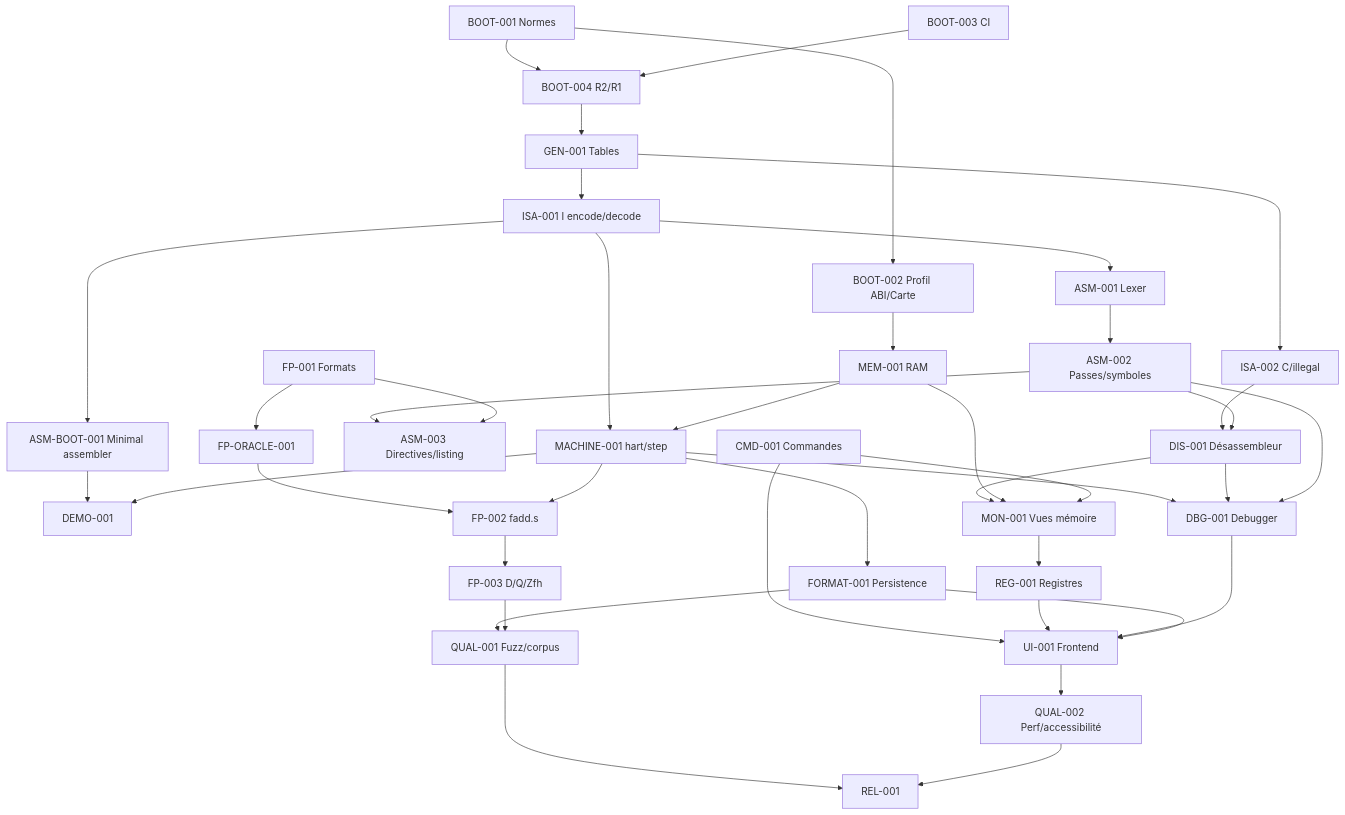
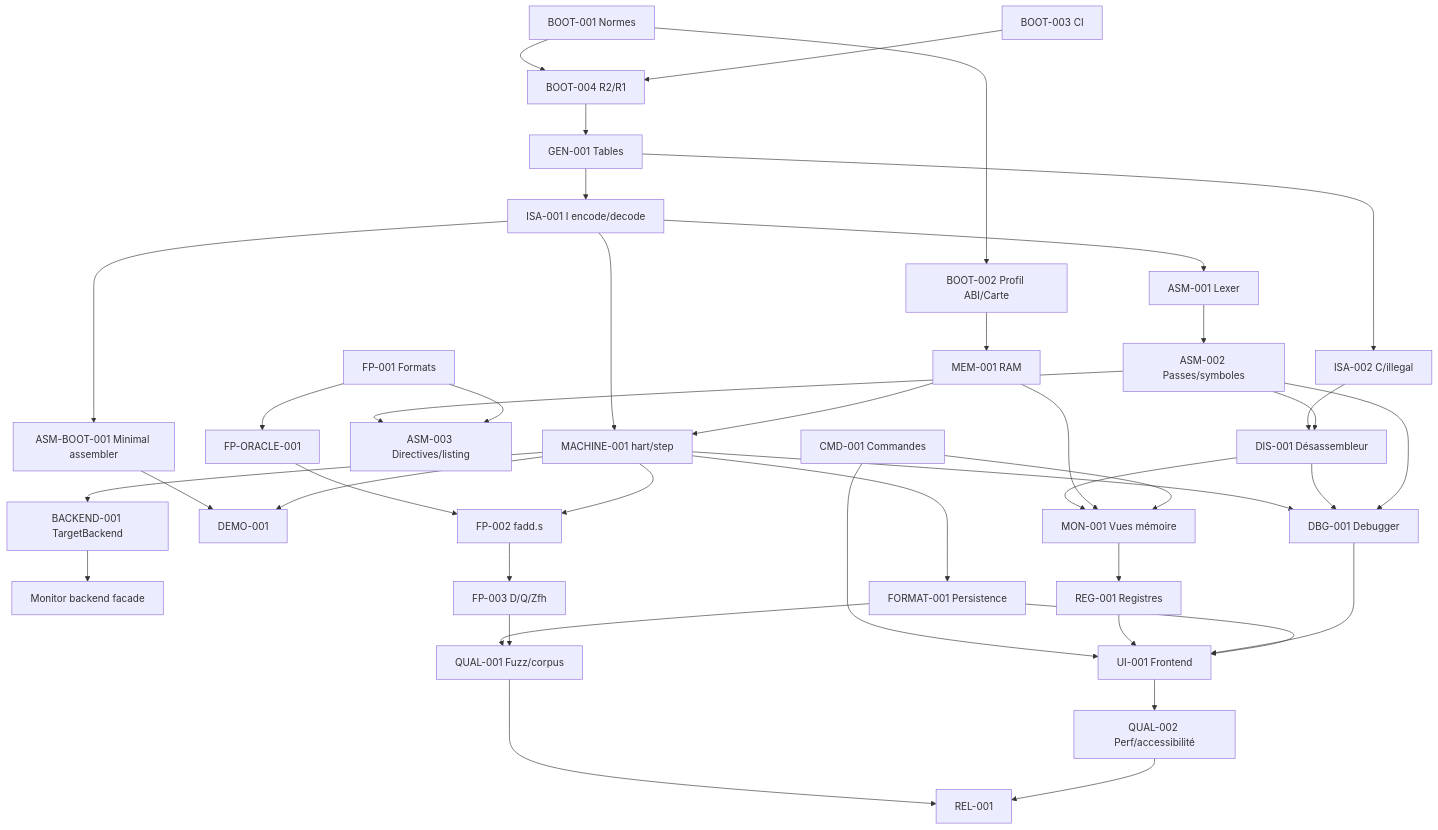
One commit to cyrilmhansen/rvmon changed the diagram in DEPENDENCIES.md. Above: the diagram before and after it, drawn with Mermaid. The commit also changed other lines of this file and 8 other files, not shown here.

Commit message:
feat: define target backend contract

````diff
--- a/DEPENDENCIES.md
+++ b/DEPENDENCIES.md
@@ -36,42 +37,44 @@
 ```mermaid
 flowchart TD
   B1[BOOT-001 Normes] --> B4[BOOT-004 R2/R1]
   B3[BOOT-003 CI] --> B4
   B2[BOOT-002 Profil ABI/Carte] --> MEM[MEM-001 RAM]
   B1 --> B2
   B4 --> GEN[GEN-001 Tables]
   GEN --> I1[ISA-001 I encode/decode]
   GEN --> I2[ISA-002 C/illegal]
   I1 --> MACH[MACHINE-001 hart/step]
   MEM --> MACH
+  MACH --> BE[BACKEND-001 TargetBackend]
+  BE --> MONITOR[Monitor backend facade]
   I1 --> AB[ASM-BOOT-001 Minimal assembler]
   AB --> DEMO[DEMO-001]
   MACH --> DEMO
   I1 --> ASM1[ASM-001 Lexer]
   ASM1 --> ASM2[ASM-002 Passes/symboles]
   ASM2 --> ASM3[ASM-003 Directives/listing]
   I2 --> DIS[DIS-001 Désassembleur]
   ASM2 --> DIS
   FP1[FP-001 Formats] --> FPO[FP-ORACLE-001]
   FPO --> FP2[FP-002 fadd.s]
   FP2 --> FP3[FP-003 D/Q/Zfh]
   FP1 --> ASM3
   MACH --> FP2
   DIS --> MON[MON-001 Vues mémoire]
   MEM --> MON
   CMD[CMD-001 Commandes] --> MON
   MON --> REG[REG-001 Registres]
   MACH --> DBG[DBG-001 Debugger]
   DIS --> DBG
   ASM2 --> DBG
   CMD --> UI[UI-001 Frontend]
   REG --> UI
   DBG --> UI
   FORMAT[FORMAT-001 Persistence] --> UI
   MACH --> FORMAT
   UI --> Q2[QUAL-002 Perf/accessibilité]
   FORMAT --> Q1[QUAL-001 Fuzz/corpus]
   FP3 --> Q1
   Q1 --> REL[REL-001]
   Q2 --> REL
 ```
````
